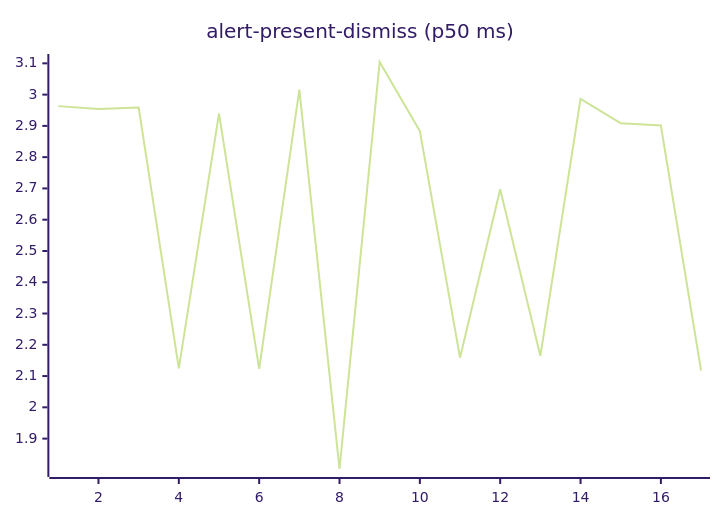
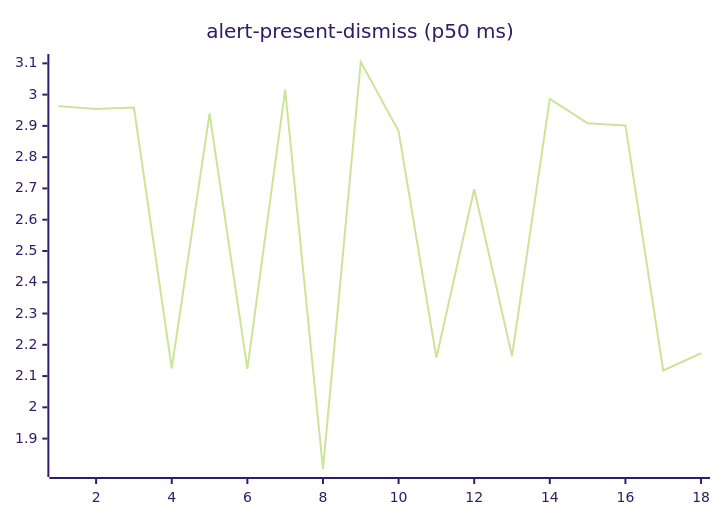
Before and after one commit to josha/Facet: the second of 27 diagrams in README.md, drawn with Mermaid (forest theme). The commit also changed other lines of this file and 2 other files, not shown here.

````diff
--- a/README.md
+++ b/README.md
@@ -70,6 +70,6 @@
 ```mermaid
 xychart-beta
     title "alert-present-dismiss (p50 ms)"
-    x-axis 1 --> 17
-    line [2.9632, 2.9538, 2.9589, 2.1244, 2.9396, 2.1232, 3.0157, 1.8028, 3.1043, 2.8834, 2.1588, 2.6974, 2.1643, 2.9862, 2.9085, 2.9011, 2.1177]
+    x-axis 1 --> 18
+    line [2.9632, 2.9538, 2.9589, 2.1244, 2.9396, 2.1232, 3.0157, 1.8028, 3.1043, 2.8834, 2.1588, 2.6974, 2.1643, 2.9862, 2.9085, 2.9011, 2.1177, 2.1729]
 ```
````
